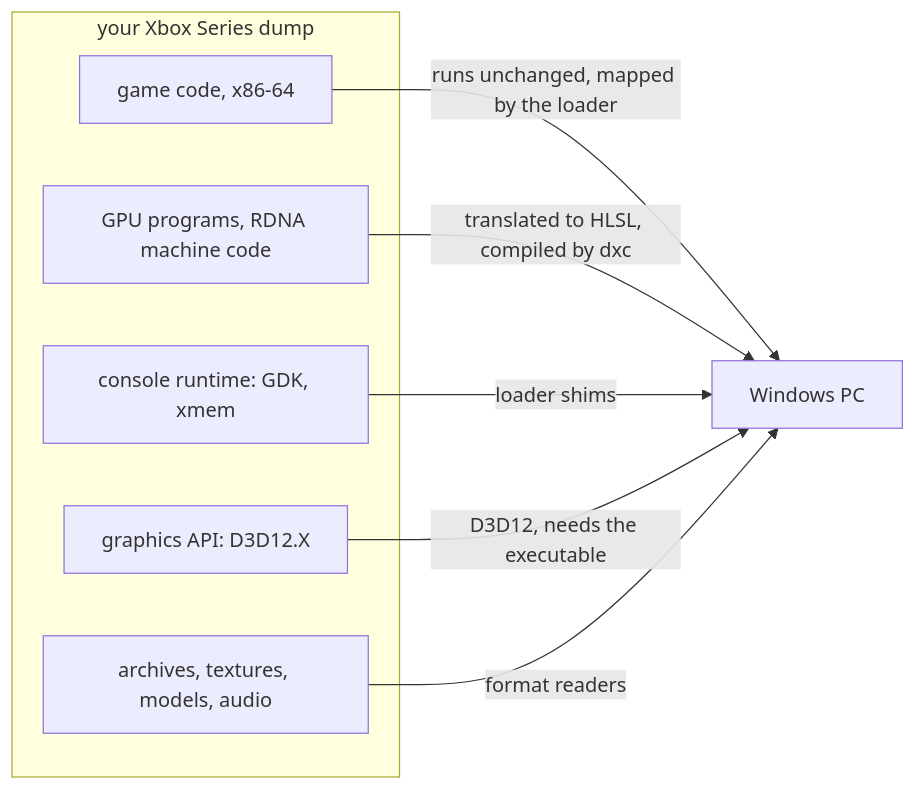
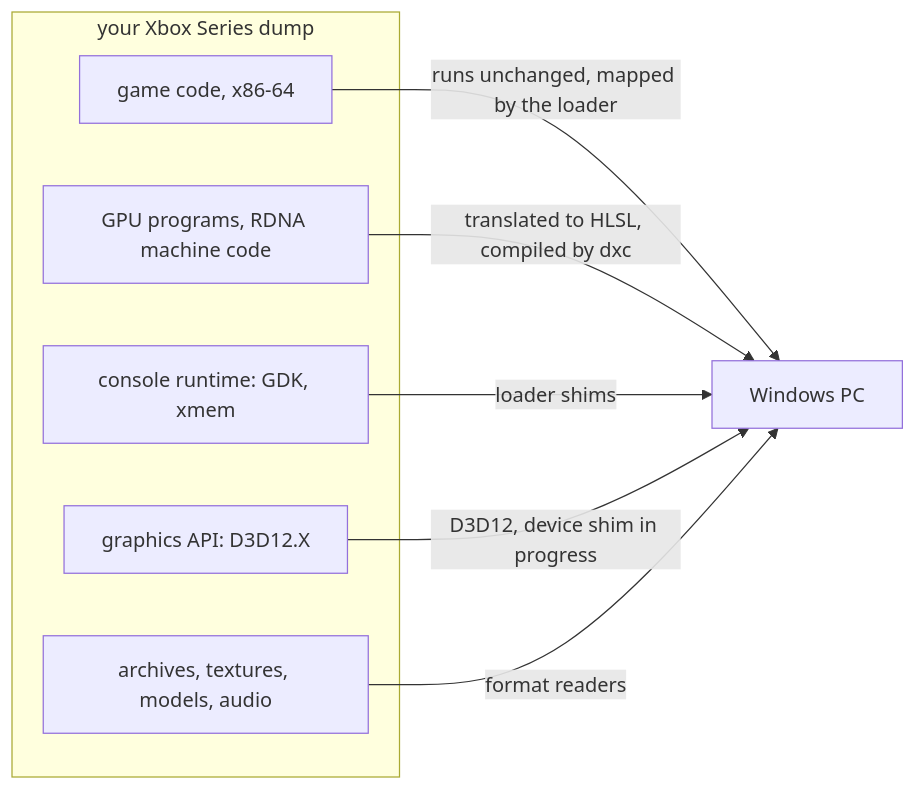
The diagram in docs/wiki/Home.md (Elijah-J/five-star-recomp), drawn with Mermaid before and after one commit. The commit also changed 4 other files, not shown here.

Commit message:
Docs: status and roadmap now that the executable is in hand

````diff
--- a/docs/wiki/Home.md
+++ b/docs/wiki/Home.md
@@ -9,15 +9,15 @@
 ```mermaid
 flowchart LR
   subgraph dump["your Xbox Series dump"]
     code["game code, x86-64"]
     shaders["GPU programs, RDNA machine code"]
     runtime["console runtime: GDK, xmem"]
     gfx["graphics API: D3D12.X"]
     data["archives, textures, models, audio"]
   end
   code -->|"runs unchanged, mapped by the loader"| pc["Windows PC"]
   shaders -->|"translated to HLSL, compiled by dxc"| pc
   runtime -->|"loader shims"| pc
-  gfx -->|"D3D12, needs the executable"| pc
+  gfx -->|"D3D12, device shim in progress"| pc
   data -->|"format readers"| pc
 ```
````
